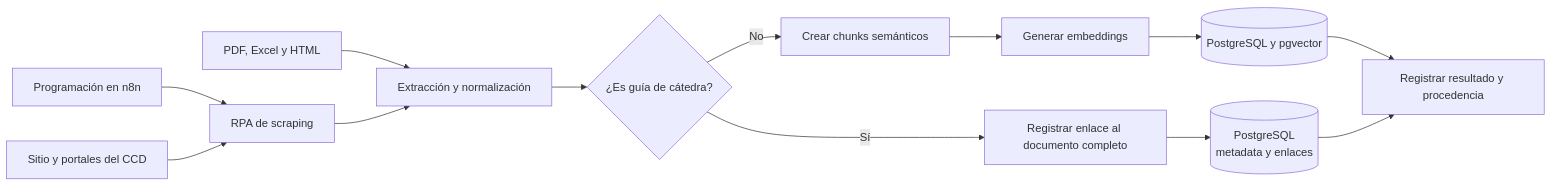
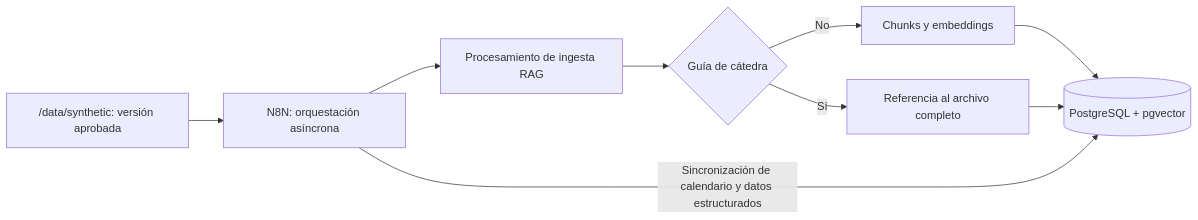
The second of 3 diagrams in docs/arquitectura.md (XeyKG/BanuChat_), drawn with Mermaid before and after one commit. The commit also changed other lines of this file and 22 other files, not shown here.

````diff
--- a/docs/arquitectura.md
+++ b/docs/arquitectura.md
@@ -155,15 +53,11 @@
 ```mermaid
 flowchart LR
-    TIMER["Programación en n8n"] --> SCRAPE["RPA de scraping"]
-    CCD["Sitio y portales del CCD"] --> SCRAPE
-    DOCS["PDF, Excel y HTML"] --> EXTRACT["Extracción y normalización"]
-    SCRAPE --> EXTRACT
-    EXTRACT --> CLASSIFY{"¿Es guía de cátedra?"}
-    CLASSIFY -->|"Sí"| LINK["Registrar enlace al documento completo"]
-    CLASSIFY -->|"No"| CHUNK["Crear chunks semánticos"]
-    CHUNK --> VECTORIZE["Generar embeddings"]
-    VECTORIZE --> STORE[("PostgreSQL y pgvector")]
-    LINK --> META[("PostgreSQL\nmetadata y enlaces")]
-    STORE --> AUDIT["Registrar resultado y procedencia"]
-    META --> AUDIT
+    DATA["/data/synthetic: versión aprobada"] --> N["N8N: orquestación asíncrona"]
+    N --> R["Procesamiento de ingesta RAG"]
+    R --> Q{"Guía de cátedra"}
+    Q -->|"Sí"| L["Referencia al archivo completo"]
+    Q -->|"No"| E["Chunks y embeddings"]
+    E --> DB[("PostgreSQL + pgvector")]
+    L --> DB
+    N -->|"Sincronización de calendario y datos estructurados"| DB
 ```
````
